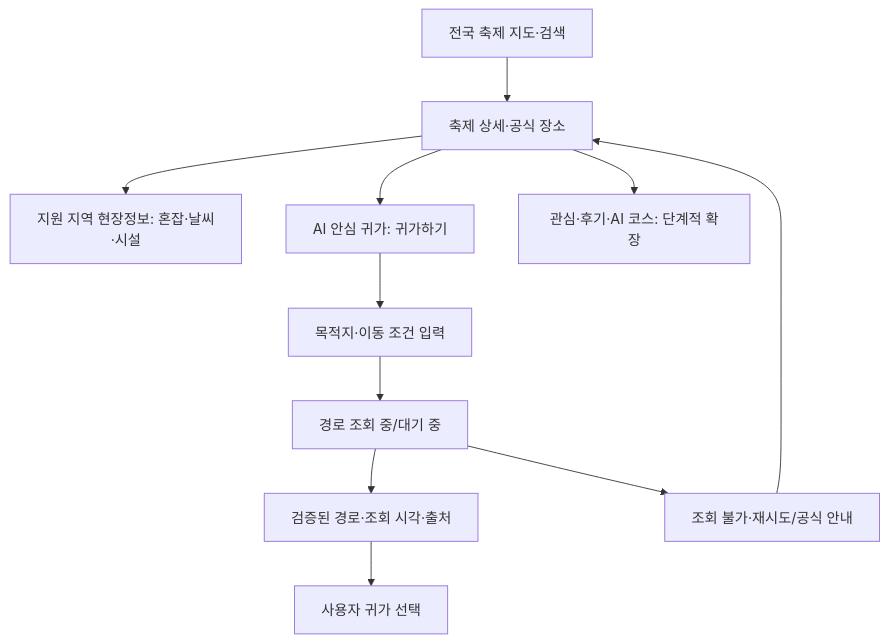
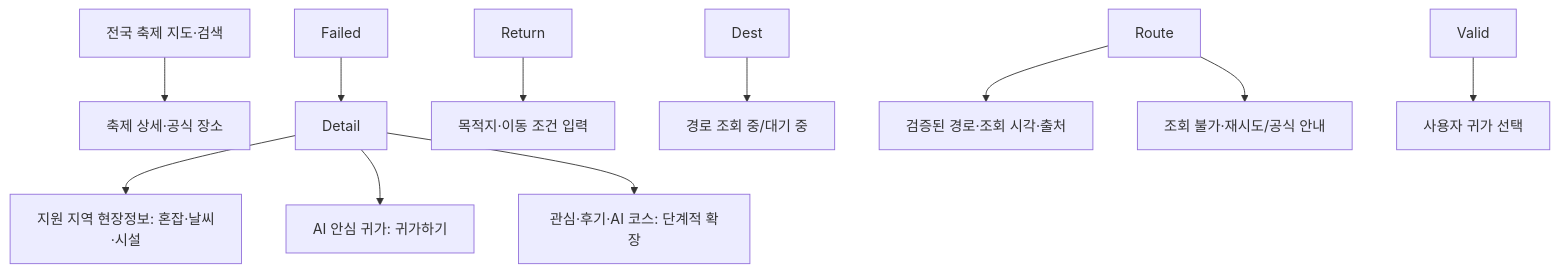
Before and after one commit to yubeenjjang/Final3team: the second of 4 diagrams in Docs/Step 1/놀다가_기획서.md, drawn with Mermaid. The commit also changed other lines of this file and 1 other file, not shown here.

````diff
--- a/Docs/Step 1/놀다가_기획서.md
+++ b/Docs/Step 1/놀다가_기획서.md
@@ -889,13 +894,13 @@
 ```mermaid
 flowchart TD
-  Home[전국 축제 지도·검색] --> Detail[축제 상세·공식 장소]
-  Detail --> Live[지원 지역 현장정보: 혼잡·날씨·시설]
-  Detail --> Return[AI 안심 귀가: 귀가하기]
-  Return --> Dest[목적지·이동 조건 입력]
-  Dest --> Route[경로 조회 중/대기 중]
-  Route --> Valid[검증된 경로·조회 시각·출처]
-  Route --> Failed[조회 불가·재시도/공식 안내]
-  Valid --> Choice[사용자 귀가 선택]
+  Home\[전국 축제 지도·검색] --> Detail\[축제 상세·공식 장소]
+  Detail --> Live\[지원 지역 현장정보: 혼잡·날씨·시설]
+  Detail --> Return\[AI 안심 귀가: 귀가하기]
+  Return --> Dest\[목적지·이동 조건 입력]
+  Dest --> Route\[경로 조회 중/대기 중]
+  Route --> Valid\[검증된 경로·조회 시각·출처]
+  Route --> Failed\[조회 불가·재시도/공식 안내]
+  Valid --> Choice\[사용자 귀가 선택]
   Failed --> Detail
-  Detail --> Interest[관심·후기·AI 코스: 단계적 확장]
+  Detail --> Interest\[관심·후기·AI 코스: 단계적 확장]
 ```
````
